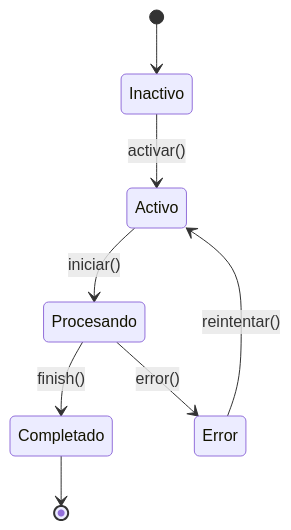
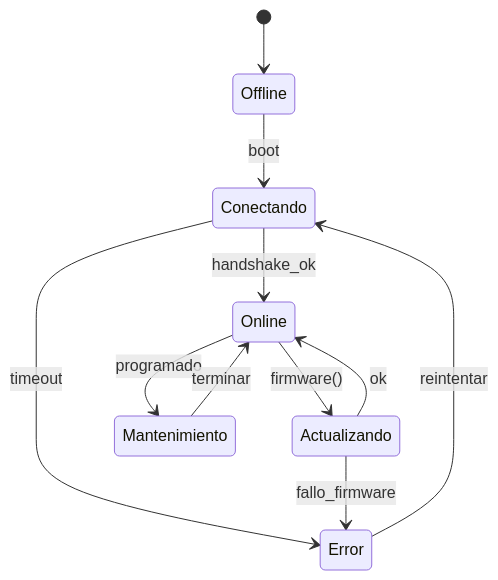
Before and after one commit to sc4rfacex/straight: the third of 6 diagrams in knowledge/state.md, drawn with Mermaid. The commit also changed other lines of this file and 2 other files, not shown here.

Commit message:
Expandir guías de diagramas críticos

````diff
--- a/knowledge/state.md
+++ b/knowledge/state.md
@@ -33,10 +58,13 @@
 ```mermaid
 stateDiagram-v2
-    [*] --> Inactivo
-    Inactivo --> Activo : activar()
-    Activo --> Procesando : iniciar()
-    Procesando --> Completado : finish()
-    Procesando --> Error : error()
-    Error --> Activo : reintentar()
-    Completado --> [*]
+    [*] --> Offline
+    Offline --> Conectando : boot
+    Conectando --> Online : handshake_ok
+    Conectando --> Error : timeout
+    Online --> Actualizando : firmware()
+    Actualizando --> Online : ok
+    Actualizando --> Error : fallo_firmware
+    Error --> Conectando : reintentar
+    Online --> Mantenimiento : programado
+    Mantenimiento --> Online : terminar
 ```
````
